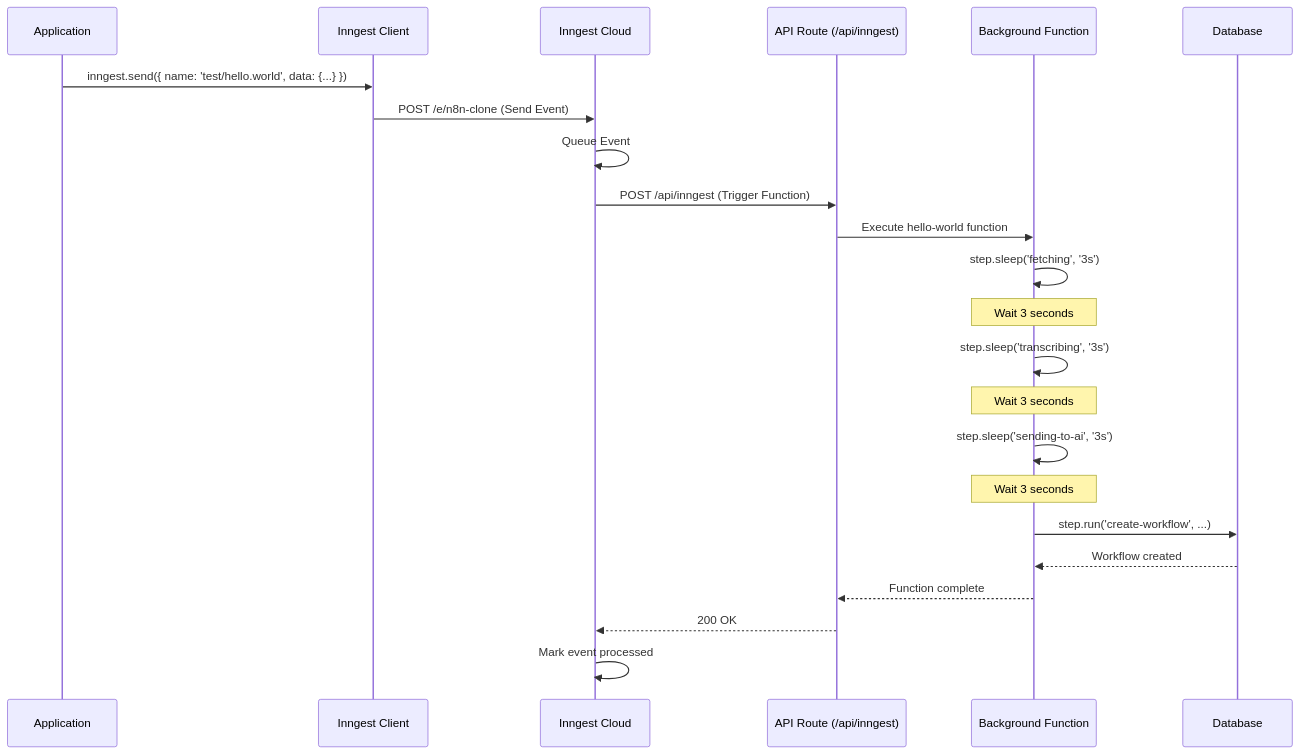
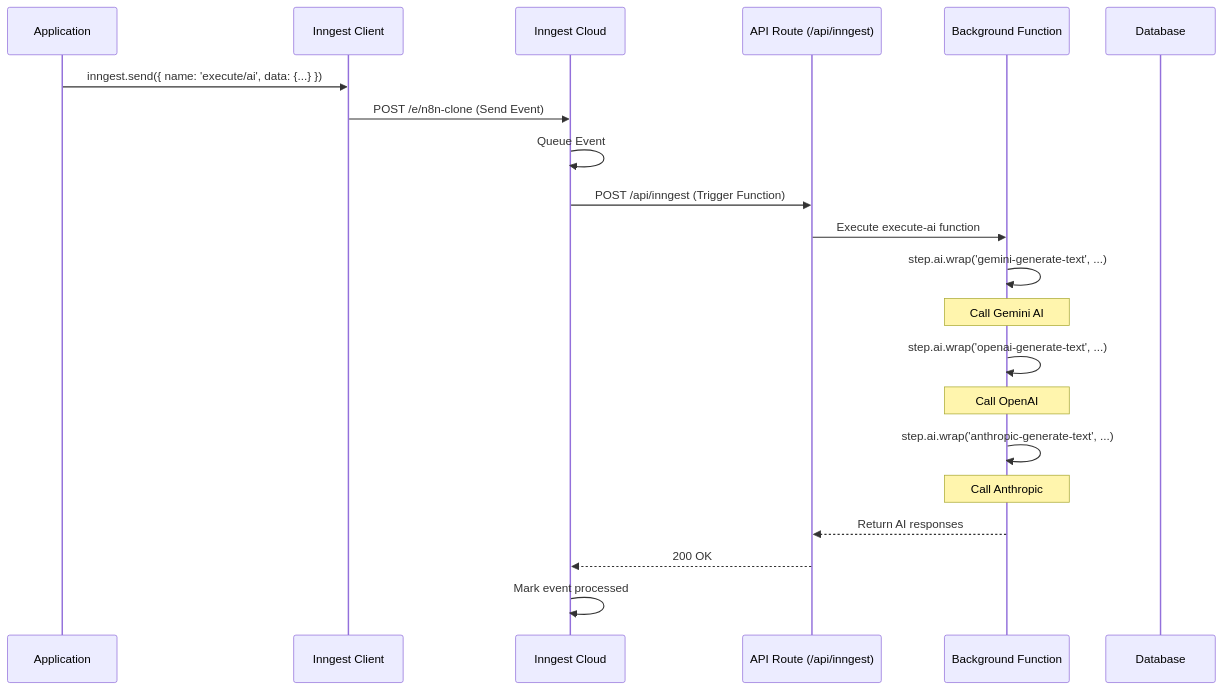
The second of 3 diagrams in docs/background-jobs-inngest.md (shaynemeyer/n8n-clone), drawn with Mermaid before and after one commit. The commit also changed other lines of this file and 7 other files, not shown here.

````diff
--- a/docs/background-jobs-inngest.md
+++ b/docs/background-jobs-inngest.md
@@ -133,26 +145,24 @@
 ```mermaid
 sequenceDiagram
     participant App as Application
     participant Client as Inngest Client
     participant Cloud as Inngest Cloud
     participant API as API Route (/api/inngest)
     participant Fn as Background Function
     participant DB as Database
 
-    App->>Client: inngest.send({ name: 'test/hello.world', data: {...} })
+    App->>Client: inngest.send({ name: 'execute/ai', data: {...} })
     Client->>Cloud: POST /e/n8n-clone (Send Event)
     Cloud->>Cloud: Queue Event
     Cloud->>API: POST /api/inngest (Trigger Function)
-    API->>Fn: Execute hello-world function
-    Fn->>Fn: step.sleep('fetching', '3s')
-    Note over Fn: Wait 3 seconds
-    Fn->>Fn: step.sleep('transcribing', '3s')
-    Note over Fn: Wait 3 seconds
-    Fn->>Fn: step.sleep('sending-to-ai', '3s')
-    Note over Fn: Wait 3 seconds
-    Fn->>DB: step.run('create-workflow', ...)
-    DB-->>Fn: Workflow created
-    Fn-->>API: Function complete
+    API->>Fn: Execute execute-ai function
+    Fn->>Fn: step.ai.wrap('gemini-generate-text', ...)
+    Note over Fn: Call Gemini AI
+    Fn->>Fn: step.ai.wrap('openai-generate-text', ...)
+    Note over Fn: Call OpenAI
+    Fn->>Fn: step.ai.wrap('anthropic-generate-text', ...)
+    Note over Fn: Call Anthropic
+    Fn-->>API: Return AI responses
     API-->>Cloud: 200 OK
     Cloud->>Cloud: Mark event processed
 ```
````
